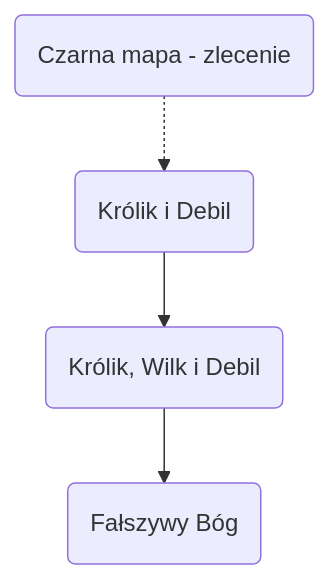
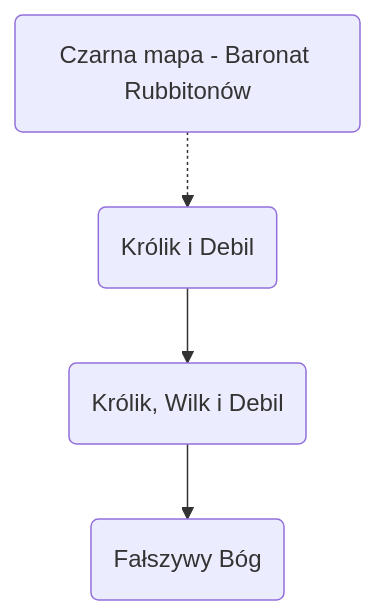
The sixth of 7 diagrams in content/Timeline.md (EnderASz/TheTwistedTales), drawn with Mermaid before and after one commit. The commit also changed other lines of this file and 13 other files, not shown here.

````diff
--- a/content/Timeline.md
+++ b/content/Timeline.md
@@ -77,15 +93,16 @@
 ```mermaid
 flowchart TB
-	Mapa(Czarna mapa - zlecenie)
+	Mapa(Czarna mapa - Baronat Rubbitonów)
 	Duo(Królik i Debil)
 	Trio(Królik, Wilk i Debil)
 	Fałszywy(Fałszywy Bóg)
 	
 	Mapa-.->Duo
 	Duo-->Trio
 	Trio-->Fałszywy
 
 class Mapa internal-link;
+class Duo internal-link;
 class Trio internal-link;
 class Fałszywy internal-link;
 ```
````
